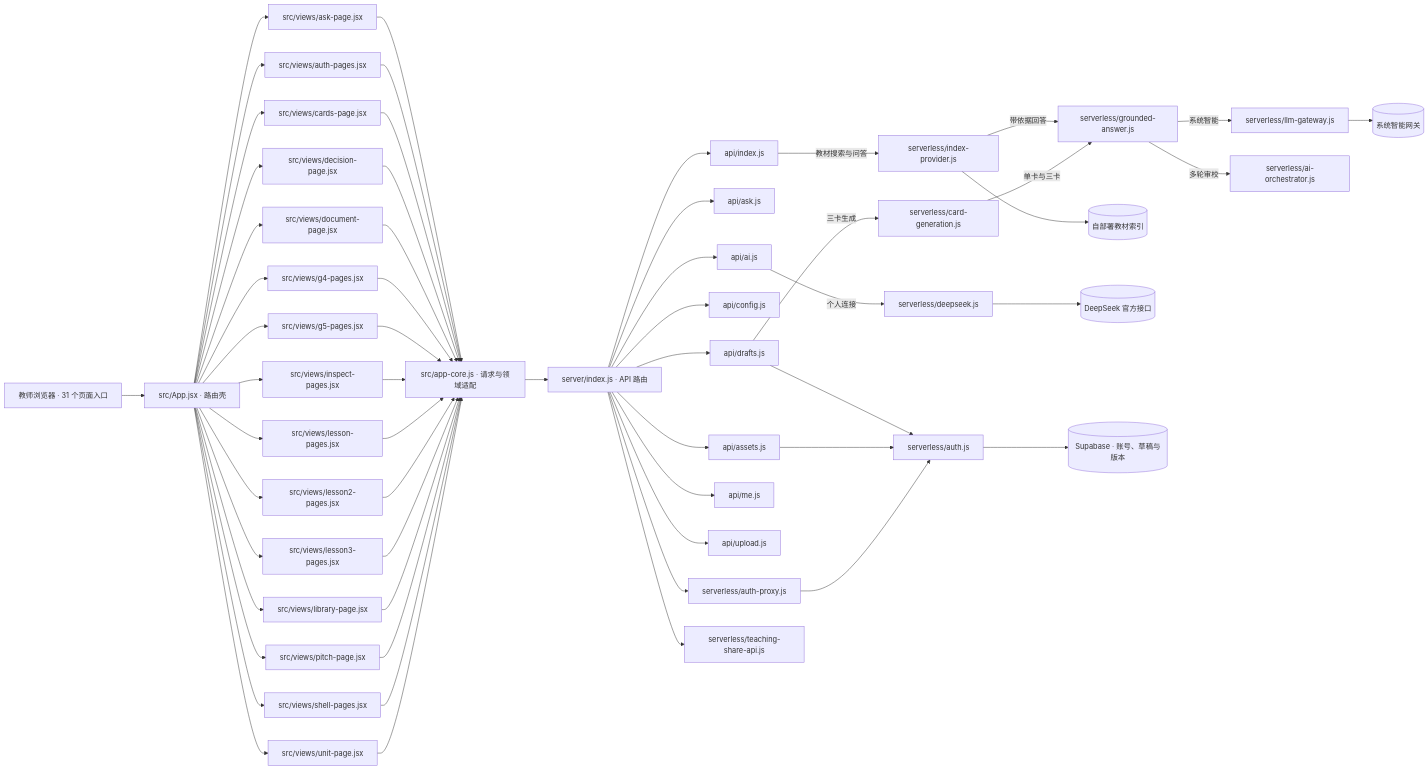
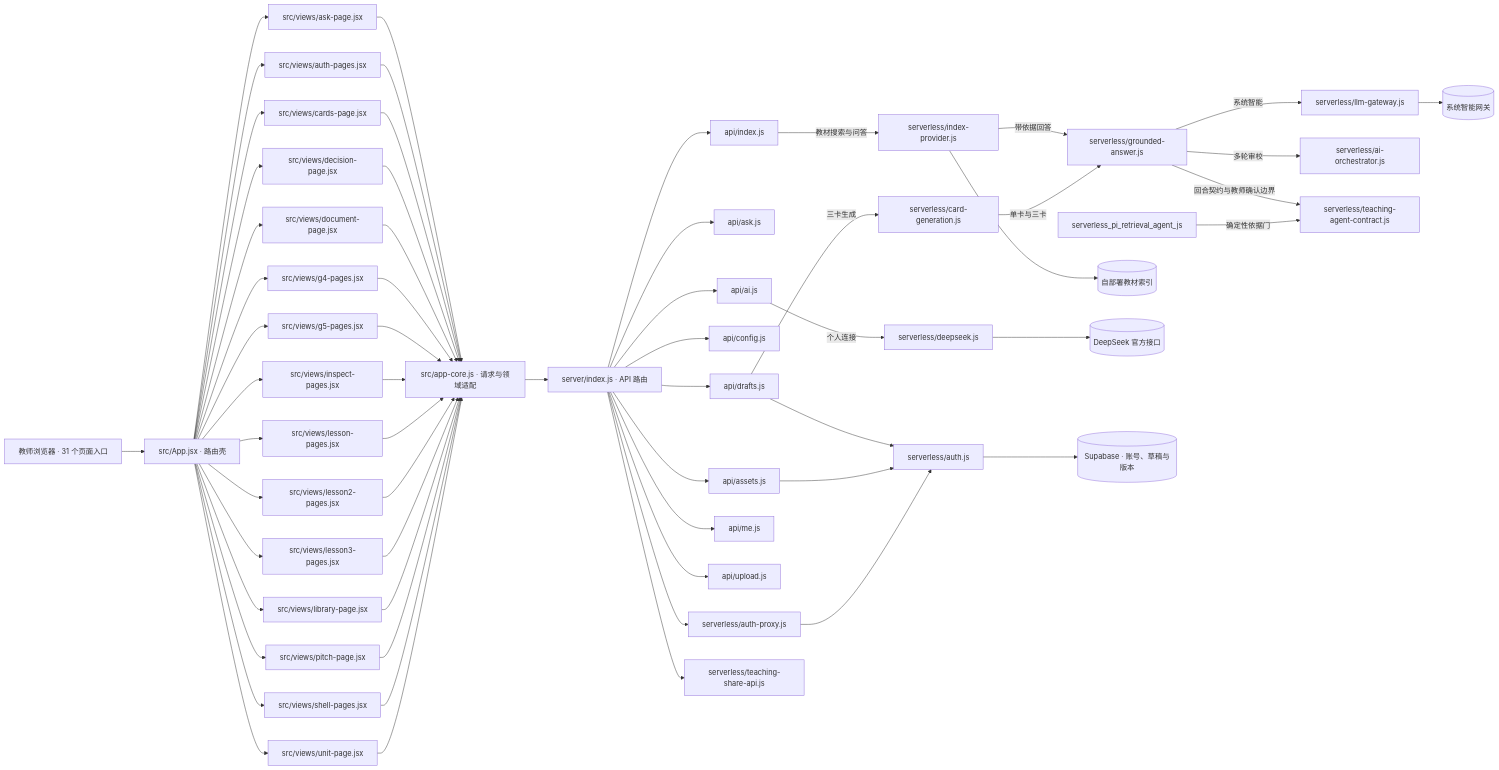
The diagram in docs/代码架构图.generated.md (LeslieWylie/huojiaocan), drawn with Mermaid before and after one commit. The commit also changed 13 other files, not shown here.

Commit message:
feat: add grounded teaching agent contract

````diff
--- a/docs/代码架构图.generated.md
+++ b/docs/代码架构图.generated.md
@@ -8,59 +8,61 @@
 ```mermaid
 flowchart LR
   Browser["教师浏览器 · 31 个页面入口"] --> App["src/App.jsx · 路由壳"]
   App --> src_views_ask_page_jsx["src/views/ask-page.jsx"]
   App --> src_views_auth_pages_jsx["src/views/auth-pages.jsx"]
   App --> src_views_cards_page_jsx["src/views/cards-page.jsx"]
   App --> src_views_decision_page_jsx["src/views/decision-page.jsx"]
   App --> src_views_document_page_jsx["src/views/document-page.jsx"]
   App --> src_views_g4_pages_jsx["src/views/g4-pages.jsx"]
   App --> src_views_g5_pages_jsx["src/views/g5-pages.jsx"]
   App --> src_views_inspect_pages_jsx["src/views/inspect-pages.jsx"]
   App --> src_views_lesson_pages_jsx["src/views/lesson-pages.jsx"]
   App --> src_views_lesson2_pages_jsx["src/views/lesson2-pages.jsx"]
   App --> src_views_lesson3_pages_jsx["src/views/lesson3-pages.jsx"]
   App --> src_views_library_page_jsx["src/views/library-page.jsx"]
   App --> src_views_pitch_page_jsx["src/views/pitch-page.jsx"]
   App --> src_views_shell_pages_jsx["src/views/shell-pages.jsx"]
   App --> src_views_unit_page_jsx["src/views/unit-page.jsx"]
   src_views_ask_page_jsx --> Core["src/app-core.js · 请求与领域适配"]
   src_views_auth_pages_jsx --> Core["src/app-core.js · 请求与领域适配"]
   src_views_cards_page_jsx --> Core["src/app-core.js · 请求与领域适配"]
   src_views_decision_page_jsx --> Core["src/app-core.js · 请求与领域适配"]
   src_views_document_page_jsx --> Core["src/app-core.js · 请求与领域适配"]
   src_views_g4_pages_jsx --> Core["src/app-core.js · 请求与领域适配"]
   src_views_g5_pages_jsx --> Core["src/app-core.js · 请求与领域适配"]
   src_views_inspect_pages_jsx --> Core["src/app-core.js · 请求与领域适配"]
   src_views_lesson_pages_jsx --> Core["src/app-core.js · 请求与领域适配"]
   src_views_lesson2_pages_jsx --> Core["src/app-core.js · 请求与领域适配"]
   src_views_lesson3_pages_jsx --> Core["src/app-core.js · 请求与领域适配"]
   src_views_library_page_jsx --> Core["src/app-core.js · 请求与领域适配"]
   src_views_pitch_page_jsx --> Core["src/app-core.js · 请求与领域适配"]
   src_views_shell_pages_jsx --> Core["src/app-core.js · 请求与领域适配"]
   src_views_unit_page_jsx --> Core["src/app-core.js · 请求与领域适配"]
   Core --> Server["server/index.js · API 路由"]
   Server --> api_ai_js["api/ai.js"]
   Server --> api_ask_js["api/ask.js"]
   Server --> api_assets_js["api/assets.js"]
   Server --> api_config_js["api/config.js"]
   Server --> api_drafts_js["api/drafts.js"]
   Server --> api_index_js["api/index.js"]
   Server --> api_me_js["api/me.js"]
   Server --> api_upload_js["api/upload.js"]
   Server --> serverless_auth_proxy_js["serverless/auth-proxy.js"]
   Server --> serverless_teaching_share_api_js["serverless/teaching-share-api.js"]
   api_index_js -->|教材搜索与问答| serverless_index_provider_js["serverless/index-provider.js"]
   api_drafts_js -->|三卡生成| serverless_card_generation_js["serverless/card-generation.js"]
   serverless_index_provider_js -->|带依据回答| serverless_grounded_answer_js["serverless/grounded-answer.js"]
   serverless_card_generation_js -->|单卡与三卡| serverless_grounded_answer_js["serverless/grounded-answer.js"]
   api_ai_js -->|个人连接| serverless_deepseek_js["serverless/deepseek.js"]
   serverless_grounded_answer_js -->|系统智能| serverless_llm_gateway_js["serverless/llm-gateway.js"]
   serverless_grounded_answer_js -->|多轮审校| serverless_ai_orchestrator_js["serverless/ai-orchestrator.js"]
+  serverless_grounded_answer_js -->|回合契约与教师确认边界| serverless_teaching_agent_contract_js["serverless/teaching-agent-contract.js"]
+  serverless_pi_retrieval_agent_js -->|确定性依据门| serverless_teaching_agent_contract_js["serverless/teaching-agent-contract.js"]
   serverless_index_provider_js --> PageIndex[("自部署教材索引")]
   serverless_deepseek_js --> DeepSeek[("DeepSeek 官方接口")]
   serverless_llm_gateway_js --> Gateway[("系统智能网关")]
   serverless_auth_js --> Supabase[("Supabase · 账号、草稿与版本")]
   api_drafts_js --> serverless_auth_js["serverless/auth.js"]
   api_assets_js --> serverless_auth_js["serverless/auth.js"]
   serverless_auth_proxy_js --> serverless_auth_js["serverless/auth.js"]
 ```
````
